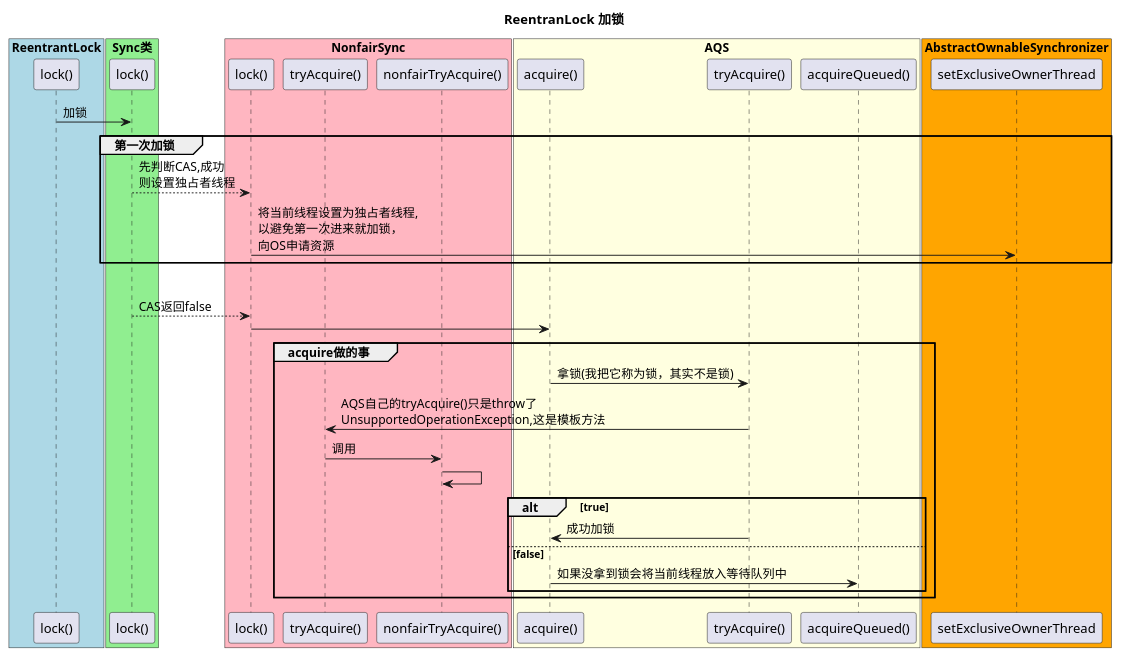
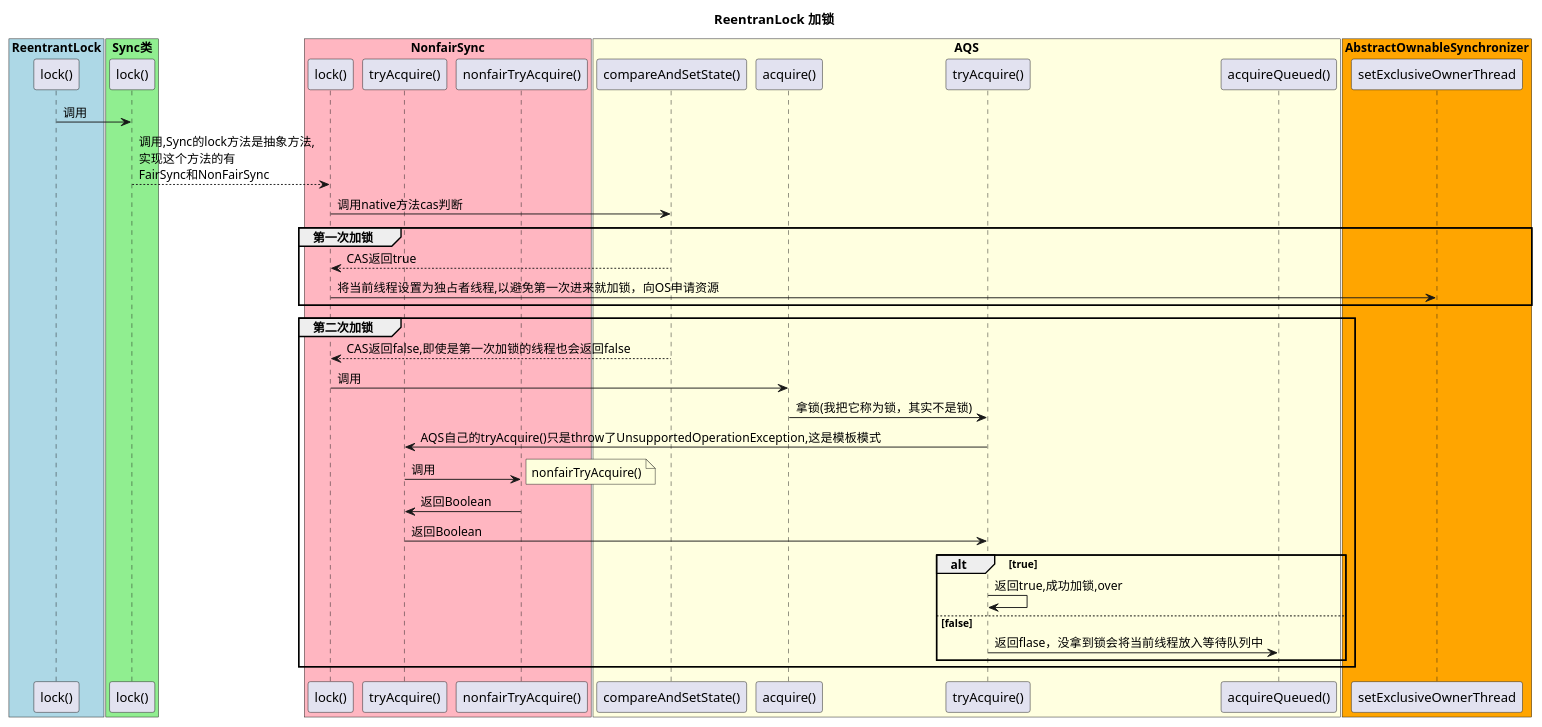
Before and after one commit to tipangkamen/ConcurrentProgramming: the diagram in src/main/java/AQS/AQS.puml, drawn with PlantUML.

Commit message:
<feat>:AQS源码

```diff
--- a/src/main/java/AQS/AQS.puml
+++ b/src/main/java/AQS/AQS.puml
@@ -1,57 +1,59 @@
 @startuml
 
 title ReentranLock 加锁
 
 box "ReentrantLock" #LightBlue
     participant "lock()" as RLock
 end box
 
 box "Sync类" #LightGreen
     participant "lock()" as SLock
 end box
 
 box "NonfairSync" #LightPink
     participant "lock()" as NFLock
     participant "tryAcquire()" as NFTAc
     participant "nonfairTryAcquire()" as NFNFTAc
 end box
 
 box "AQS"  #LightYellow
+    participant "compareAndSetState()" as CAS
     participant "acquire()" as AQSAc
     participant "tryAcquire()" as AQStAc
     participant "acquireQueued()" as AQSacQu
 end box
 
 box "AbstractOwnableSynchronizer"  #Orange
     participant setExclusiveOwnerThread as setEx
 end box
 
+RLock -> SLock:  调用
+SLock --> NFLock: 调用,Sync的lock方法是抽象方法,\n实现这个方法的有\nFairSync和NonFairSync
+NFLock -> CAS:调用native方法cas判断
+group 第一次加锁
+CAS --> NFLock: CAS返回true
+NFLock -> setEx: 将当前线程设置为独占者线程,以避免第一次进来就加锁，向OS申请资源
+end
+
+group 第二次加锁
+CAS --> NFLock: CAS返回false,即使是第一次加锁的线程也会返回false
+NFLock -> AQSAc: 调用
+AQSAc  -> AQStAc: 拿锁(我把它称为锁，其实不是锁)
+AQStAc -> NFTAc: AQS自己的tryAcquire()只是throw了UnsupportedOperationException,这是模板模式
+NFTAc  -> NFNFTAc: 调用
+note right
+nonfairTryAcquire()
+end note
+NFNFTAc -> NFTAc:返回Boolean
+NFTAc -> AQStAc : 返回Boolean
+
+alt true
+AQStAc -> AQStAc: 返回true,成功加锁,over
+else false
+AQStAc -> AQSacQu: 返回flase，没拿到锁会将当前线程放入等待队列中
+end
+end
 
 
 
-RLock -> SLock:  加锁
-
-group 第一次加锁
-    SLock --> NFLock: 先判断CAS,成功\n则设置独占者线程
-    NFLock -> setEx: 将当前线程设置为独占者线程,\n以避免第一次进来就加锁，\n向OS申请资源
-end
-
-group 第二次加锁
-
-    SLock --> NFLock: CAS返回false
-    NFLock -> AQSAc:
-    group acquire做的事
-    AQSAc  -> AQStAc: 拿锁(我把它称为锁，其实不是锁)
-    AQStAc -> NFTAc: AQS自己的tryAcquire()只是throw了\nUnsupportedOperationException,这是模板方法
-    NFTAc  -> NFNFTAc: 调用
-    NFNFTAc ->NFNFTAc:
-        alt true
-        AQStAc -> AQSAc: 成功加锁
-        else false
-        AQSAc -> AQSacQu: 如果没拿到锁会将当前线程放入等待队列中
-    end
-
-
-
-end
 @enduml
```
